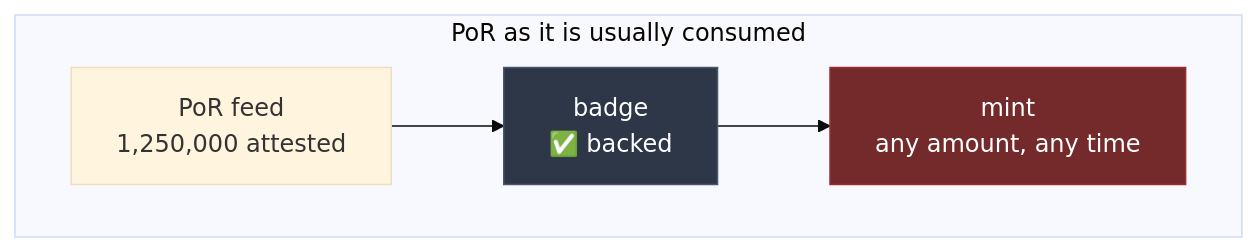
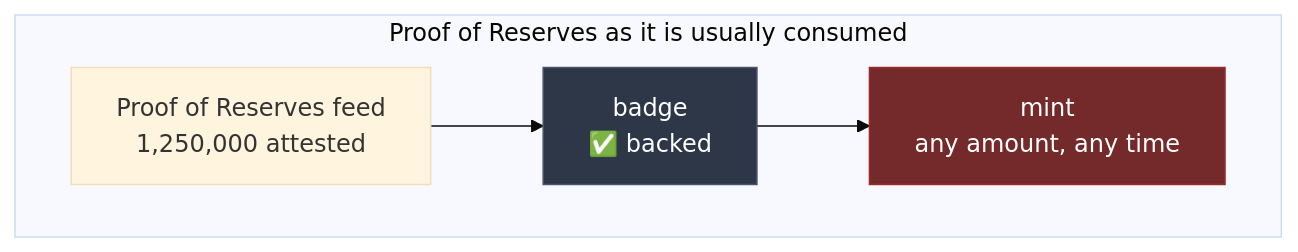
Before and after one commit to AgenticPortfolioX/POR-Jac-Enforced: the first of 5 diagrams in README.md, drawn with Mermaid (base theme). The commit also changed other lines of this file, not shown here.

Commit message:
docs: rename POR to Proof of Reserves in README

````diff
--- a/README.md
+++ b/README.md
@@ -27,10 +27,10 @@
 ```mermaid
 flowchart LR
-    subgraph TODAY["PoR as it is usually consumed"]
+    subgraph TODAY["Proof of Reserves as it is usually consumed"]
         direction LR
-        F1["PoR feed<br/>1,250,000 attested"] --> B1["badge<br/>✅ backed"]
+        F1["Proof of Reserves feed<br/>1,250,000 attested"] --> B1["badge<br/>✅ backed"]
         B1 --> M1["mint<br/>any amount, any time"]
     end
     style B1 fill:#2d3748,stroke:#4a5568,color:#fff
     style M1 fill:#742a2a,stroke:#9b2c2c,color:#fff
 ```
````
